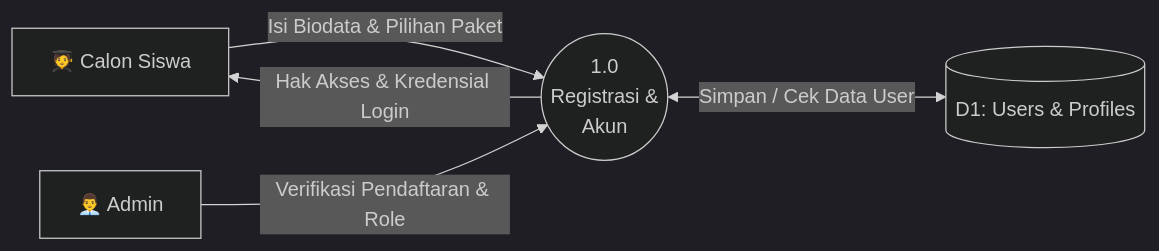
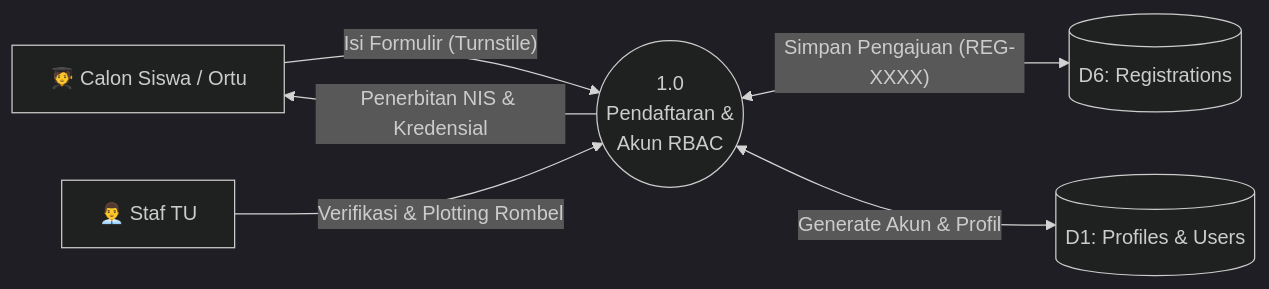
The second of 6 diagrams in dfd/dfd_level_1.md (mohyusfi/bimbel-rpl), drawn with Mermaid (dark theme) before and after one commit. The commit also changed other lines of this file and 30 other files, not shown here.

````diff
--- a/dfd/dfd_level_1.md
+++ b/dfd/dfd_level_1.md
@@ -58,7 +72,8 @@
 ```mermaid
 flowchart LR
-    Siswa["🧑‍🎓 Calon Siswa"] -->|"Isi Biodata & Pilihan Paket"| P1(("1.0<br/>Registrasi &<br/>Akun"))
-    Admin["👨‍💼 Admin"] -->|"Verifikasi Pendaftaran & Role"| P1
-    P1 <-->|"Simpan / Cek Data User"| D1[("D1: Users & Profiles")]
-    P1 -->|"Hak Akses & Kredensial Login"| Siswa
+    Siswa["🧑‍🎓 Calon Siswa / Ortu"] -->|"Isi Formulir (Turnstile)"| P1(("1.0<br/>Pendaftaran &<br/>Akun RBAC"))
+    P1 <-->|"Simpan Pengajuan (REG-XXXX)"| D6[("D6: Registrations")]
+    Admin["👨‍💼 Staf TU"] -->|"Verifikasi & Plotting Rombel"| P1
+    P1 <-->|"Generate Akun & Profil"| D1[("D1: Profiles & Users")]
+    P1 -->|"Penerbitan NIS & Kredensial"| Siswa
 ```
````
